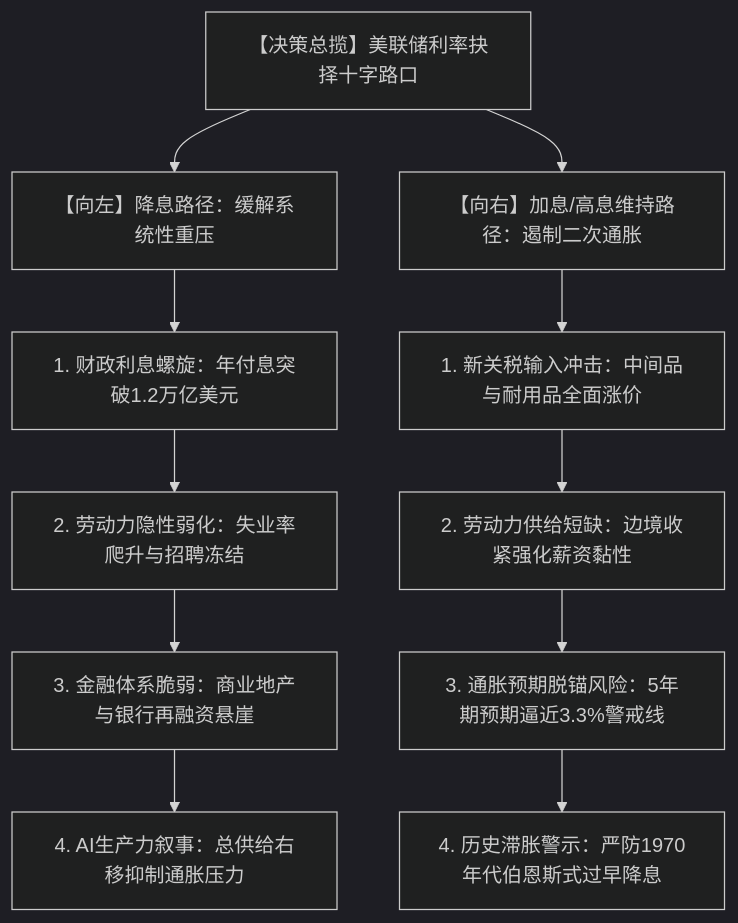
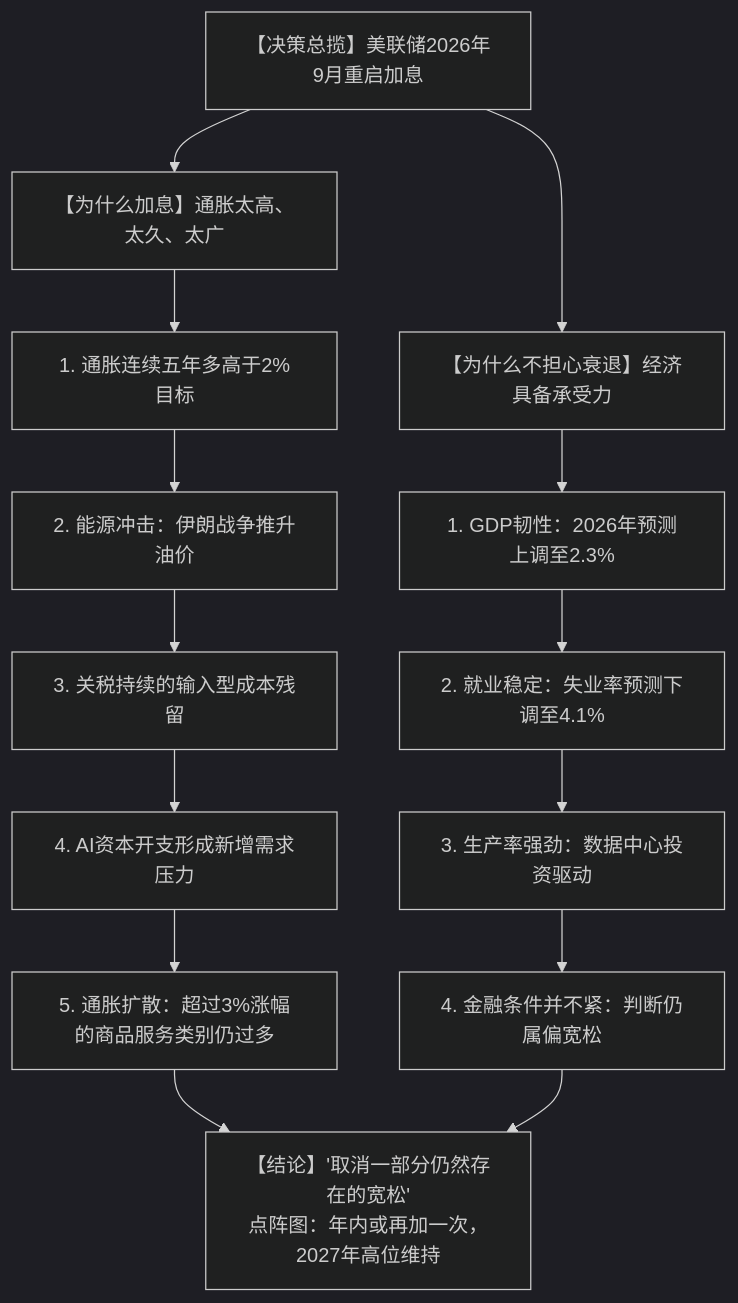
The first of 3 diagrams in source/_posts/美联储的加息问题.md (RubberTale/RubberTale.github.io), drawn with Mermaid (dark theme) before and after one commit. The commit also changed other lines of this file, not shown here.

Commit message:
post: 美联储加息文补齐配图（CPI/点阵图/失业率/封面）并修正分类

````diff
--- a/source/_posts/美联储的加息问题.md
+++ b/source/_posts/美联储的加息问题.md
@@ -53,16 +73,20 @@
 ```mermaid
 flowchart TD
-    Root["【决策总揽】美联储利率抉择十字路口"]
+    Root["【决策总揽】美联储2026年9月重启加息"]
 
-    Root --> BranchCut["【向左】降息路径：缓解系统性重压"]
-    BranchCut --> B1["1. 财政利息螺旋：年付息突破1.2万亿美元"]
-    B1 --> B2["2. 劳动力隐性弱化：失业率爬升与招聘冻结"]
-    B2 --> B3["3. 金融体系脆弱：商业地产与银行再融资悬崖"]
-    B3 --> B4["4. AI生产力叙事：总供给右移抑制通胀压力"]
+    Root --> Why["【为什么加息】通胀太高、太久、太广"]
+    Why --> H1["1. 通胀连续五年多高于2%目标"]
+    H1 --> H2["2. 能源冲击：伊朗战争推升油价"]
+    H2 --> H3["3. 关税持续的输入型成本残留"]
+    H3 --> H4["4. AI资本开支形成新增需求压力"]
+    H4 --> H5["5. 通胀扩散：超过3%涨幅的商品服务类别仍过多"]
 
-    Root --> BranchHike["【向右】加息/高息维持路径：遏制二次通胀"]
-    BranchHike --> C1["1. 新关税输入冲击：中间品与耐用品全面涨价"]
-    C1 --> C2["2. 劳动力供给短缺：边境收紧强化薪资黏性"]
-    C2 --> C3["3. 通胀预期脱锚风险：5年期预期逼近3.3%警戒线"]
-    C3 --> C4["4. 历史滞胀警示：严防1970年代伯恩斯式过早降息"]
+    Root --> WhyNot["【为什么不担心衰退】经济具备承受力"]
+    WhyNot --> S1["1. GDP韧性：2026年预测上调至2.3%"]
+    S1 --> S2["2. 就业稳定：失业率预测下调至4.1%"]
+    S2 --> S3["3. 生产率强劲：数据中心投资驱动"]
+    S3 --> S4["4. 金融条件并不紧：判断仍属偏宽松"]
+
+    H5 --> Outcome["【结论】'取消一部分仍然存在的宽松'<br/>点阵图：年内或再加一次，2027年高位维持"]
+    S4 --> Outcome
 ```
````
